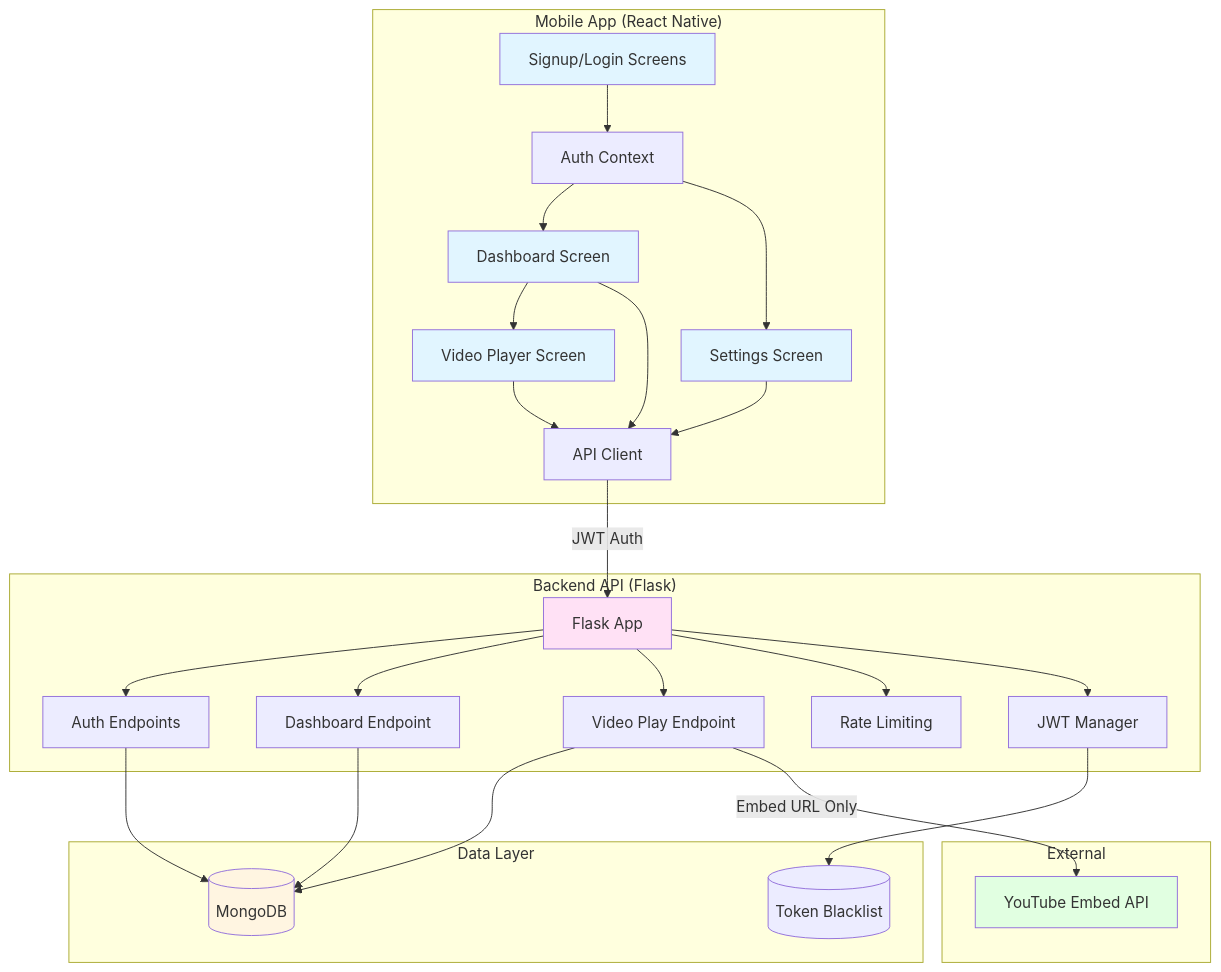
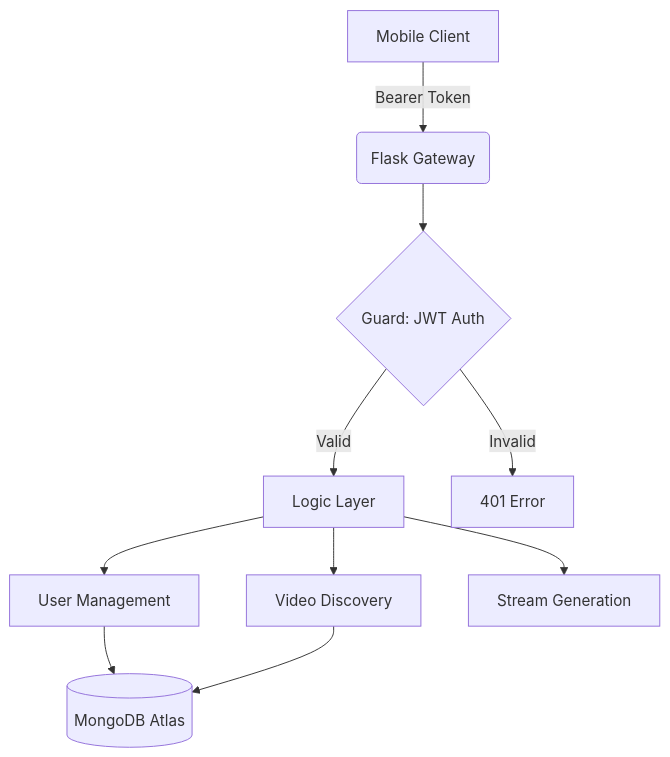
One commit to Satyamcoder-2006/API-First-Video-App changed the diagram in README.md. Above: the diagram before and after it, drawn with Mermaid. The commit also changed other lines of this file, not shown here.

Commit message:
Ultra-descriptive Documentation: StreamVault Technical Blueprint

````diff
--- a/README.md
+++ b/README.md
@@ -7,40 +29,12 @@
 ```mermaid
-graph TB
-    subgraph "Mobile App (React Native)"
-        A[Signup/Login Screens] --> B[Auth Context]
-        B --> C[Dashboard Screen]
-        C --> D[Video Player Screen]
-        B --> E[Settings Screen]
-        C --> F[API Client]
-        D --> F
-        E --> F
-    end
-    
-    subgraph "Backend API (Flask)"
-        F -->|JWT Auth| G[Flask App]
-        G --> H[Auth Endpoints]
-        G --> I[Dashboard Endpoint]
-        G --> J[Video Play Endpoint]
-        G --> K[Rate Limiting]
-        G --> L[JWT Manager]
-    end
-    
-    subgraph "Data Layer"
-        H --> M[(MongoDB)]
-        I --> M
-        J --> M
-        L --> N[(Token Blacklist)]
-    end
-    
-    subgraph "External"
-        J -->|Embed URL Only| O[YouTube Embed API]
-    end
-    
-    style A fill:#e1f5ff
-    style C fill:#e1f5ff
-    style D fill:#e1f5ff
-    style E fill:#e1f5ff
-    style G fill:#ffe1f5
-    style M fill:#fff5e1
-    style O fill:#e1ffe1
+graph TD
+    A[Mobile Client] -->|Bearer Token| B(Flask Gateway)
+    B --> C{Guard: JWT Auth}
+    C -->|Valid| D[Logic Layer]
+    C -->|Invalid| E[401 Error]
+    D --> F[User Management]
+    D --> G[Video Discovery]
+    D --> H[Stream Generation]
+    F --> I[(MongoDB Atlas)]
+    G --> I
 ```
````
